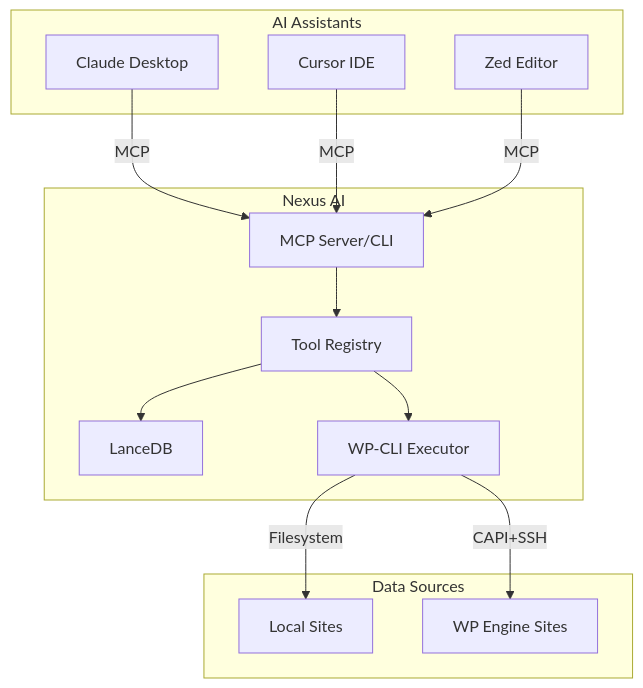
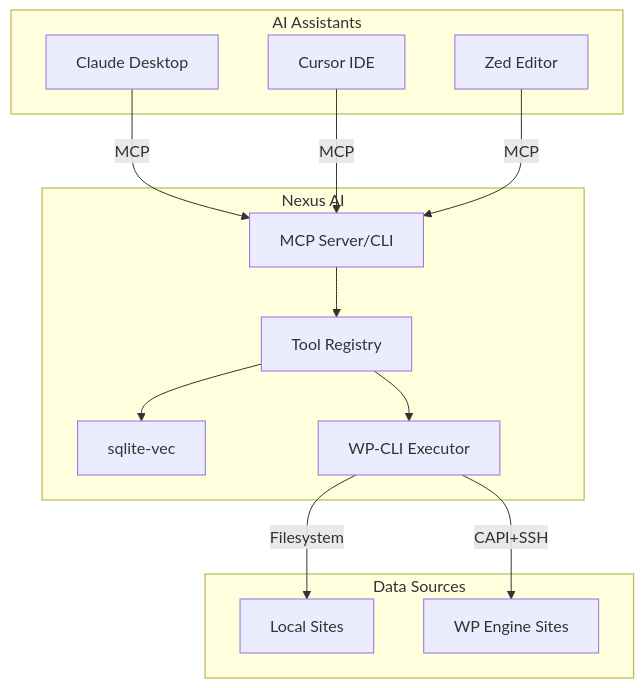
The third of 3 diagrams in docs-site/docs/index.md (jpollock/local-addon-nexus-ai), drawn with Mermaid before and after one commit. The commit also changed other lines of this file and 37 other files, not shown here.

First line of the commit message:
docs(site): the truth sweep — sqlite-vec everywhere, real counts, real tabs, ui-quick-start rewritten

````diff
--- a/docs-site/docs/index.md
+++ b/docs-site/docs/index.md
@@ -274,29 +274,29 @@
 ```mermaid
 graph TB
     subgraph "AI Assistants"
         A1[Claude Desktop]
         A2[Cursor IDE]
         A3[Zed Editor]
     end
 
     subgraph "Nexus AI"
         B[MCP Server/CLI]
         C[Tool Registry]
-        D[LanceDB]
+        D[sqlite-vec]
         E[WP-CLI Executor]
     end
 
     subgraph "Data Sources"
         F[Local Sites]
         G[WP Engine Sites]
     end
 
     A1 -->|MCP| B
     A2 -->|MCP| B
     A3 -->|MCP| B
     B --> C
     C --> D
     C --> E
     E -->|Filesystem| F
     E -->|CAPI+SSH| G
 ```
````
